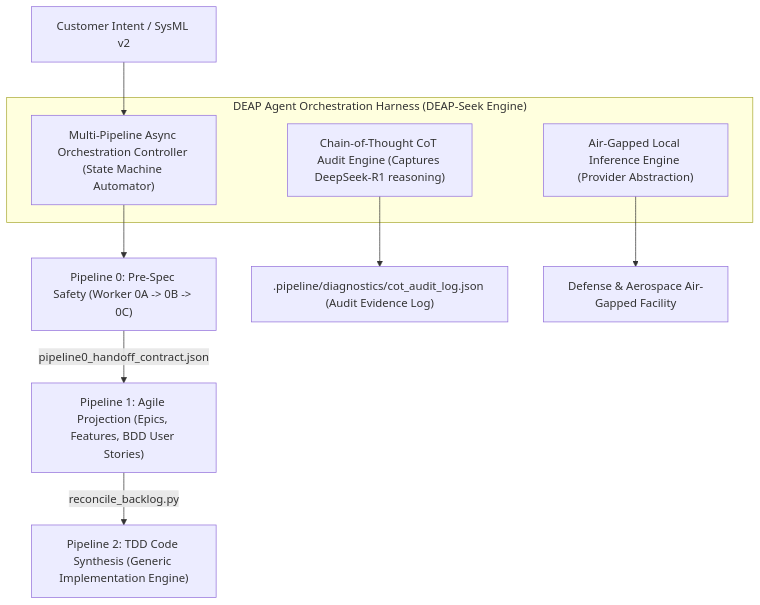
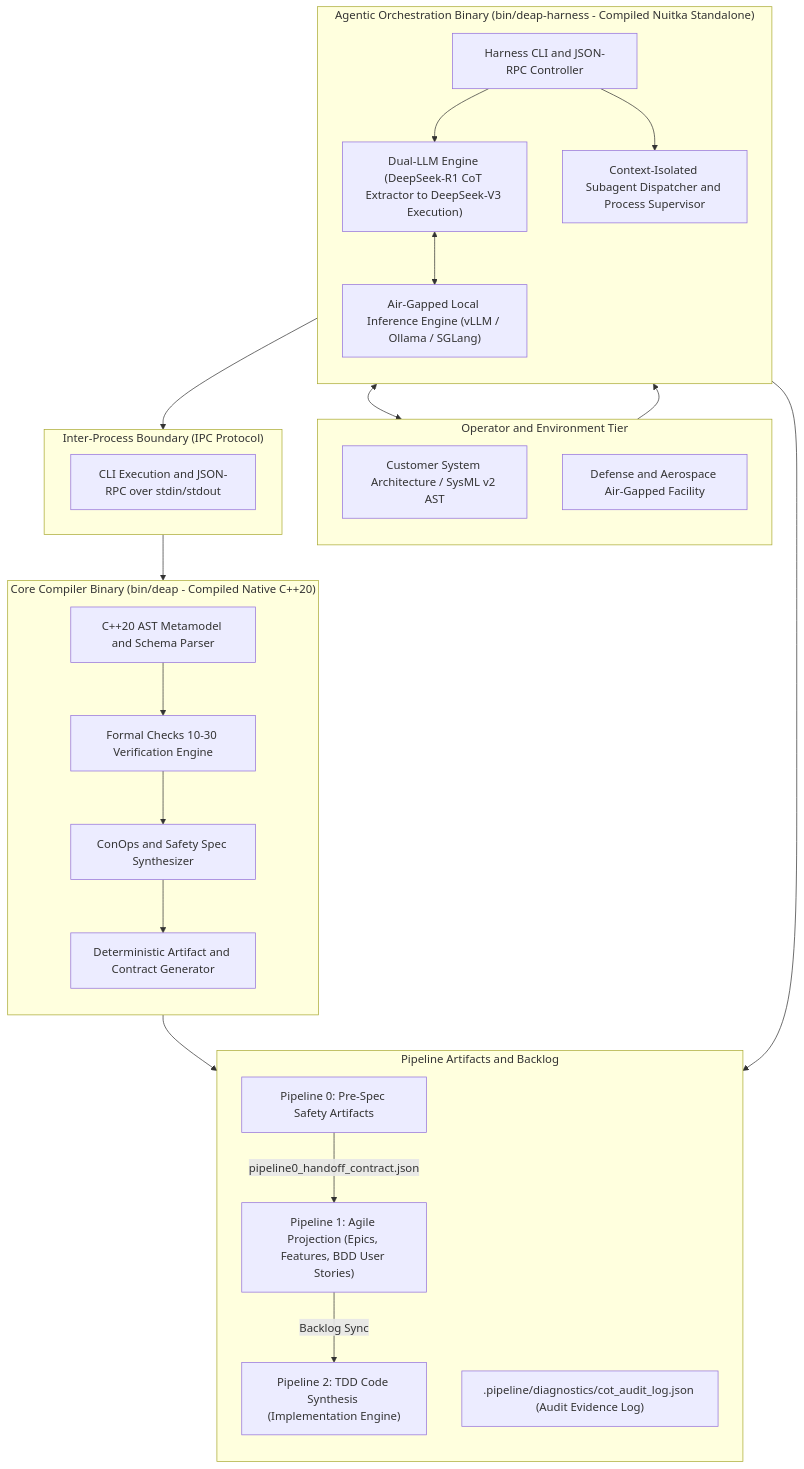
Before and after one commit to gintatkinson/DEAP01-spec-core: the first of 4 diagrams in docs/architecture/blueprints/DEAP_DEEPSEEK_HARNESS_INTEGRATION_BLUEPRINT.md, drawn with Mermaid. The commit also changed other lines of this file, not shown here.

Commit message:
docs(architecture): update DeepSeek harness blueprint with native C++ core and Nuitka hybrid architecture

````diff
--- a/docs/architecture/blueprints/DEAP_DEEPSEEK_HARNESS_INTEGRATION_BLUEPRINT.md
+++ b/docs/architecture/blueprints/DEAP_DEEPSEEK_HARNESS_INTEGRATION_BLUEPRINT.md
@@ -22,16 +26,54 @@
 ```mermaid
 flowchart TD
-    subgraph DEAP_Harness_Core["DEAP Agent Orchestration Harness (DEAP-Seek Engine)"]
-        CoTEngine["Chain-of-Thought CoT Audit Engine (Captures DeepSeek-R1 reasoning)"]
-        AirGapRuntime["Air-Gapped Local Inference Engine (Provider Abstraction)"]
-        PipelineController["Multi-Pipeline Async Orchestration Controller (State Machine Automator)"]
+    subgraph ClientLayer["Operator and Environment Tier"]
+        direction TB
+        InputIntent["Customer System Architecture / SysML v2 AST"]
+        SecureLab["Defense and Aerospace Air-Gapped Facility"]
     end
 
-    InputIntent["Customer Intent / SysML v2"] --> PipelineController
-    PipelineController --> P0["Pipeline 0: Pre-Spec Safety (Worker 0A -> 0B -> 0C)"]
-    P0 -->|"pipeline0_handoff_contract.json"| P1["Pipeline 1: Agile Projection (Epics, Features, BDD User Stories)"]
-    P1 -->|"reconcile_backlog.py"| P2["Pipeline 2: TDD Code Synthesis (Generic Implementation Engine)"]
-    
-    CoTEngine --> AuditLog[".pipeline/diagnostics/cot_audit_log.json (Audit Evidence Log)"]
-    AirGapRuntime --> SecureLab["Defense & Aerospace Air-Gapped Facility"]
+    subgraph BinaryHarness["Agentic Orchestration Binary (bin/deap-harness - Compiled Nuitka Standalone)"]
+        direction TB
+        HarnessCLI["Harness CLI and JSON-RPC Controller"]
+        CoTEngine["Dual-LLM Engine (DeepSeek-R1 CoT Extractor to DeepSeek-V3 Execution)"]
+        ProviderBridge["Air-Gapped Local Inference Engine (vLLM / Ollama / SGLang)"]
+        SubagentRunner["Context-Isolated Subagent Dispatcher and Process Supervisor"]
+    end
+
+    subgraph ProcessBoundary["Inter-Process Boundary (IPC Protocol)"]
+        direction LR
+        IPCPipe["CLI Execution and JSON-RPC over stdin/stdout"]
+    end
+
+    subgraph BinaryCore["Core Compiler Binary (bin/deap - Compiled Native C++20)"]
+        direction TB
+        CoreParser["C++20 AST Metamodel and Schema Parser"]
+        ChecksEngine["Formal Checks 10-30 Verification Engine"]
+        ConOpsSynthesizer["ConOps and Safety Spec Synthesizer"]
+        ArtifactWriter["Deterministic Artifact and Contract Generator"]
+    end
+
+    subgraph PipelineOutputs["Pipeline Artifacts and Backlog"]
+        direction TB
+        P0["Pipeline 0: Pre-Spec Safety Artifacts"]
+        P1["Pipeline 1: Agile Projection (Epics, Features, BDD User Stories)"]
+        P2["Pipeline 2: TDD Code Synthesis (Implementation Engine)"]
+        AuditLog[".pipeline/diagnostics/cot_audit_log.json (Audit Evidence Log)"]
+    end
+
+    InputIntent --> HarnessCLI
+    HarnessCLI --> CoTEngine
+    CoTEngine <--> ProviderBridge
+    ProviderBridge <--> SecureLab
+    CoTEngine --> AuditLog
+
+    HarnessCLI --> SubagentRunner
+    SubagentRunner --> IPCPipe
+    IPCPipe --> CoreParser
+    CoreParser --> ChecksEngine
+    ChecksEngine --> ConOpsSynthesizer
+    ConOpsSynthesizer --> ArtifactWriter
+
+    ArtifactWriter --> P0
+    P0 -->|"pipeline0_handoff_contract.json"| P1
+    P1 -->|"Backlog Sync"| P2
 ```
````
